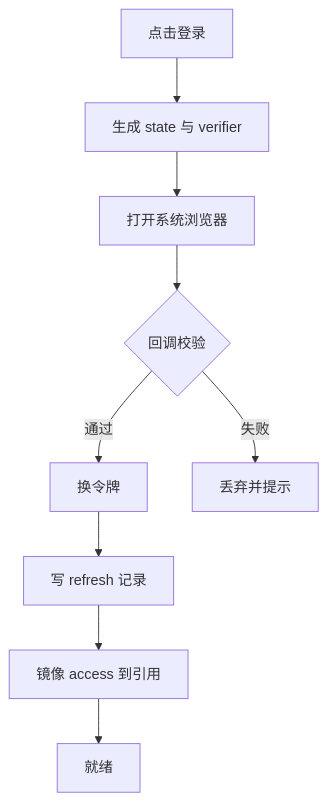
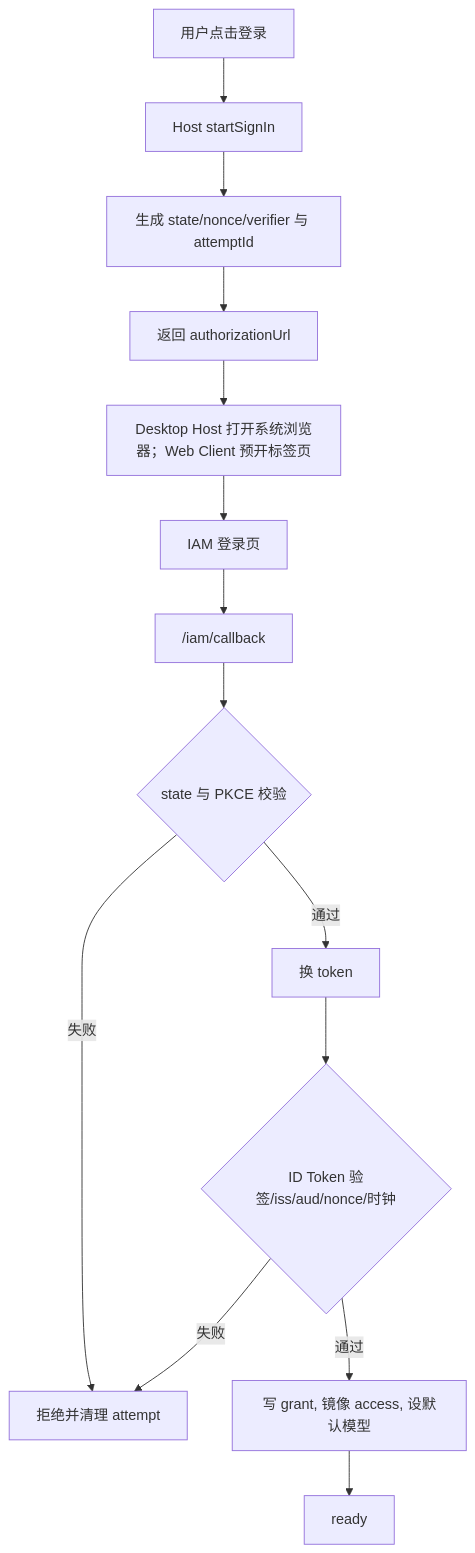
The second of 2 diagrams in docs/design/plugins/forge-iam.md (hrygo/heluo-forge), drawn with Mermaid before and after one commit. The commit also changed other lines of this file and 11 other files, not shown here.

````diff
--- a/docs/design/plugins/forge-iam.md
+++ b/docs/design/plugins/forge-iam.md
@@ -111,11 +252,16 @@
 ```mermaid
 flowchart TD
-  A[点击登录] --> B[生成 state 与 verifier]
-  B --> C[打开系统浏览器]
-  C --> D{回调校验}
-  D -->|通过| E[换令牌]
-  D -->|失败| F[丢弃并提示]
-  E --> G[写 refresh 记录]
-  G --> H[镜像 access 到引用]
-  H --> I[就绪]
+  A[用户点击登录] --> B[Host startSignIn]
+  B --> C["生成 state/nonce/verifier 与 attemptId"]
+  C --> D[返回 authorizationUrl]
+  D --> E[Desktop Host 打开系统浏览器；Web Client 预开标签页]
+  E --> F[IAM 登录页]
+  F --> G["/iam/callback"]
+  G --> H{state 与 PKCE 校验}
+  H -->|失败| I[拒绝并清理 attempt]
+  H -->|通过| J[换 token]
+  J --> K{"ID Token 验签/iss/aud/nonce/时钟"}
+  K -->|失败| I
+  K -->|通过| L[写 grant, 镜像 access, 设默认模型]
+  L --> M[ready]
 ```
````
